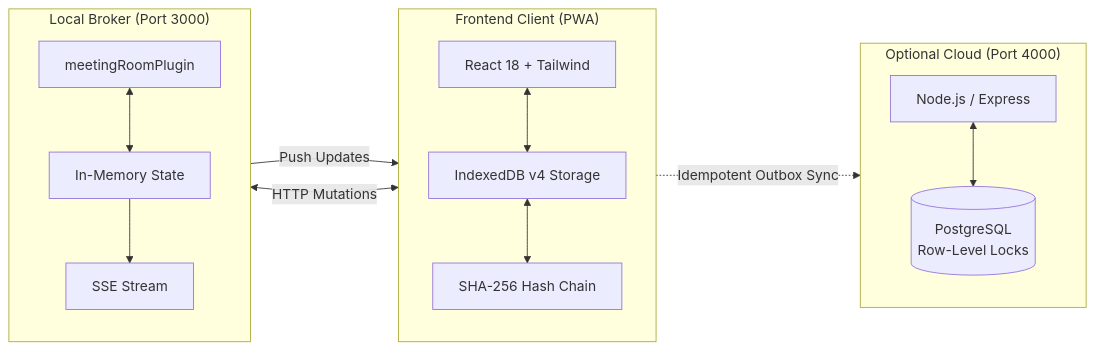
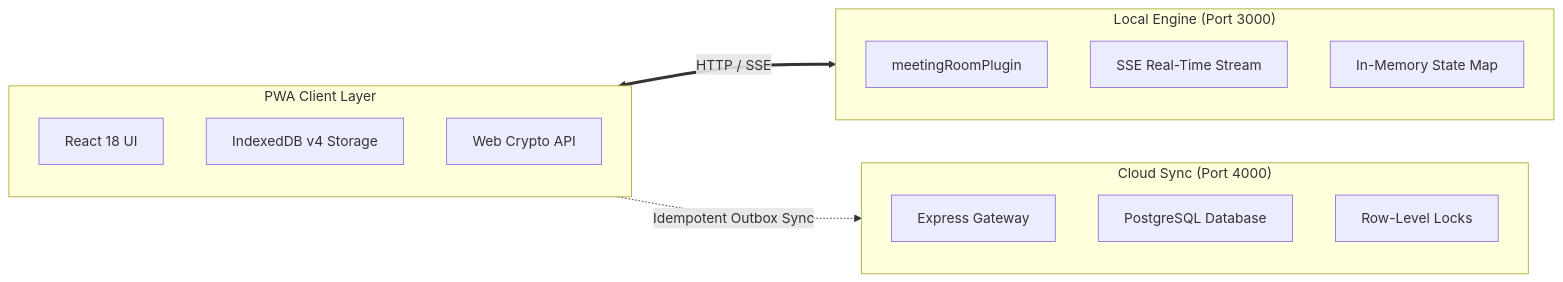
One commit to AayushRahate07/shg-connect changed the fourth of 4 diagrams in README.md. Above: the diagram before and after it, drawn with Mermaid. The commit also changed other lines of this file, not shown here.

````diff
--- a/README.md
+++ b/README.md
@@ -176,30 +161,26 @@
 ```mermaid
 flowchart LR
-    subgraph Client["Frontend Client (PWA)"]
+    subgraph Client["PWA Client Layer"]
         direction TB
-        ReactUI["React 18 + Tailwind"]
-        IDBStorage["IndexedDB v4 Storage"]
-        HashChain["SHA-256 Hash Chain"]
-        ReactUI <--> IDBStorage
-        IDBStorage <--> HashChain
+        P1["React 18 UI"]
+        P2["IndexedDB v4 Storage"]
+        P3["Web Crypto API"]
     end
 
-    subgraph LocalEngine["Local Broker (Port 3000)"]
+    subgraph Broker["Local Engine (Port 3000)"]
         direction TB
-        VitePlugin["meetingRoomPlugin"]
-        InMemStore["In-Memory State"]
-        SSEStream["SSE Stream"]
-        VitePlugin <--> InMemStore --> SSEStream
+        B1["meetingRoomPlugin"]
+        B2["SSE Real-Time Stream"]
+        B3["In-Memory State Map"]
     end
 
-    subgraph CloudSync["Optional Cloud (Port 4000)"]
+    subgraph Cloud["Cloud Sync (Port 4000)"]
         direction TB
-        ExpressServer["Node.js / Express"]
-        PostgresDB[("PostgreSQL<br/>Row-Level Locks")]
-        ExpressServer <--> PostgresDB
+        C1["Express Gateway"]
+        C2["PostgreSQL Database"]
+        C3["Row-Level Locks"]
     end
 
-    ReactUI <-->|HTTP Mutations| VitePlugin
-    SSEStream -->|Push Updates| ReactUI
-    IDBStorage -.->|Idempotent Outbox Sync| ExpressServer
+    Client <==>|HTTP / SSE| Broker
+    Client -.->|Idempotent Outbox Sync| Cloud
 ```
````
